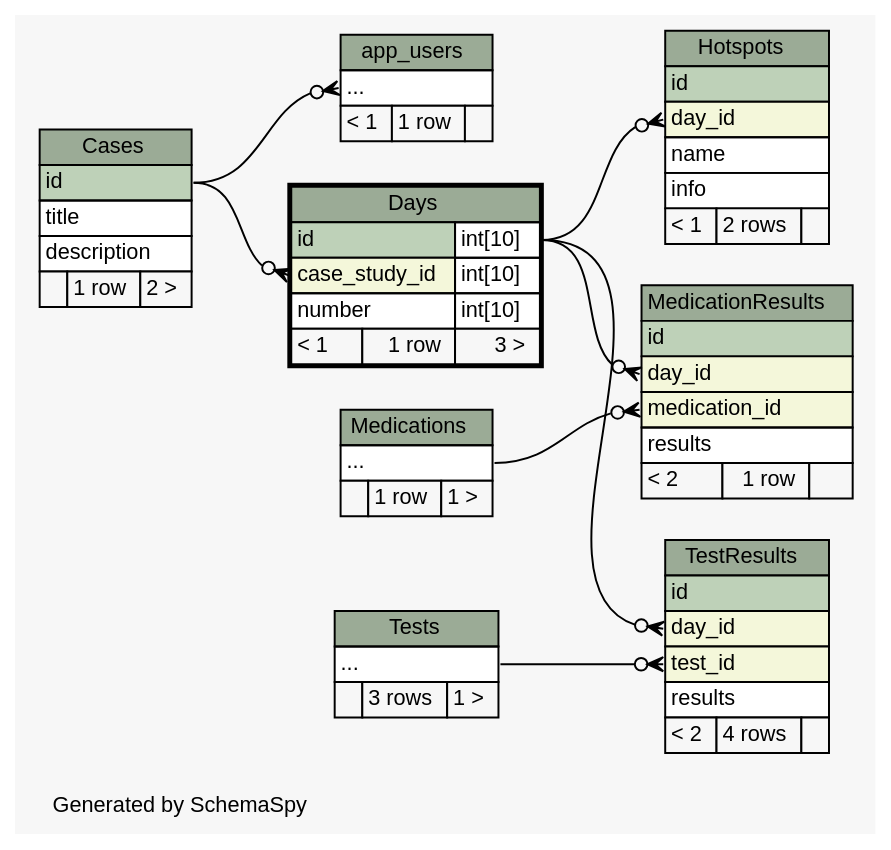
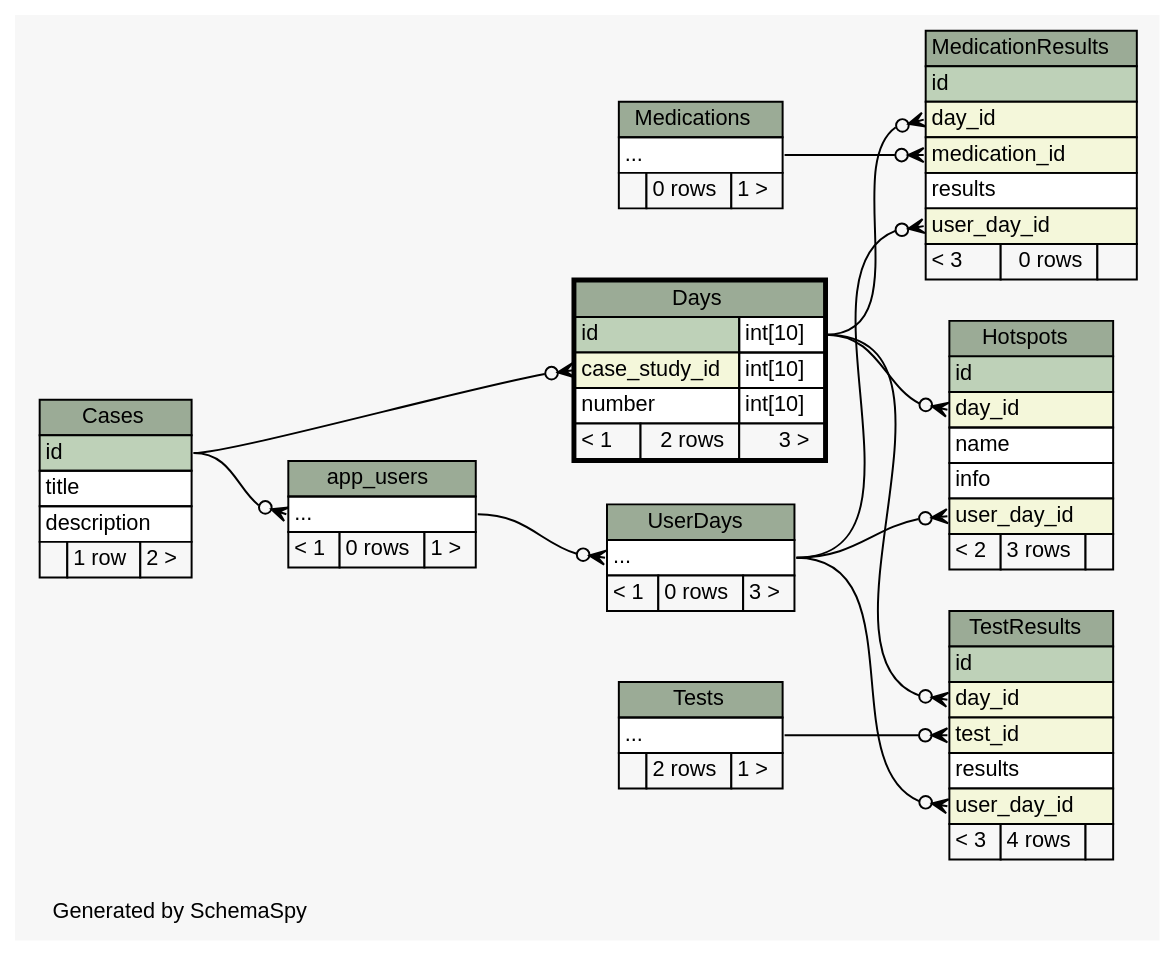
One commit to carrel2/CaseStudies changed the diagram in web/files/schema/diagrams/Days.2degrees.dot. Above: the diagram before and after it, drawn with Graphviz. The commit also changed 88 other files, not shown here.

Commit message:
Add table to store user input, for use to compare with original case and review after completion

```diff
--- a/web/files/schema/diagrams/Days.2degrees.dot
+++ b/web/files/schema/diagrams/Days.2degrees.dot
@@ -1,122 +1,139 @@
-// dot 2.38.0 on Linux 4.4.0-62-generic
+// dot 2.38.0 on Linux 4.4.0-64-generic
 // SchemaSpy rev 590
 digraph "twoDegreesRelationshipsDiagram" {
   graph [
     rankdir="RL"
     bgcolor="#f7f7f7"
     label="\nGenerated by SchemaSpy"
     labeljust="l"
     nodesep="0.18"
     ranksep="0.46"
     fontname="Helvetica"
     fontsize="11"
   ];
   node [
     fontname="Helvetica"
     fontsize="11"
     shape="plaintext"
   ];
   edge [
     arrowsize="0.8"
   ];
   "app_users":"elipses":w -> "Cases":"id":e [arrowhead=none dir=back arrowtail=crowodot];
   "Days":"case_study_id":w -> "Cases":"id":e [arrowhead=none dir=back arrowtail=crowodot];
   "Hotspots":"day_id":w -> "Days":"id.type":e [arrowhead=none dir=back arrowtail=crowodot];
+  "Hotspots":"user_day_id":w -> "UserDays":"elipses":e [arrowhead=none dir=back arrowtail=crowodot];
   "MedicationResults":"day_id":w -> "Days":"id.type":e [arrowhead=none dir=back arrowtail=crowodot];
   "MedicationResults":"medication_id":w -> "Medications":"elipses":e [arrowhead=none dir=back arrowtail=crowodot];
+  "MedicationResults":"user_day_id":w -> "UserDays":"elipses":e [arrowhead=none dir=back arrowtail=crowodot];
   "TestResults":"day_id":w -> "Days":"id.type":e [arrowhead=none dir=back arrowtail=crowodot];
   "TestResults":"test_id":w -> "Tests":"elipses":e [arrowhead=none dir=back arrowtail=crowodot];
+  "TestResults":"user_day_id":w -> "UserDays":"elipses":e [arrowhead=none dir=back arrowtail=crowodot];
+  "UserDays":"elipses":w -> "app_users":"elipses":e [arrowhead=none dir=back arrowtail=crowodot];
   "app_users" [
     label=<
     <TABLE BORDER="0" CELLBORDER="1" CELLSPACING="0" BGCOLOR="#ffffff">
       <TR><TD COLSPAN="3" BGCOLOR="#9bab96" ALIGN="CENTER">app_users</TD></TR>
       <TR><TD PORT="elipses" COLSPAN="3" ALIGN="LEFT">...</TD></TR>
-      <TR><TD ALIGN="LEFT" BGCOLOR="#f7f7f7">&lt; 1</TD><TD ALIGN="RIGHT" BGCOLOR="#f7f7f7">1 row</TD><TD ALIGN="RIGHT" BGCOLOR="#f7f7f7">  </TD></TR>
+      <TR><TD ALIGN="LEFT" BGCOLOR="#f7f7f7">&lt; 1</TD><TD ALIGN="RIGHT" BGCOLOR="#f7f7f7">0 rows</TD><TD ALIGN="RIGHT" BGCOLOR="#f7f7f7">1 &gt;</TD></TR>
     </TABLE>>
     URL="app_users.html"
     tooltip="app_users"
   ];
   "Cases" [
     label=<
     <TABLE BORDER="0" CELLBORDER="1" CELLSPACING="0" BGCOLOR="#ffffff">
       <TR><TD COLSPAN="3" BGCOLOR="#9bab96" ALIGN="CENTER">Cases</TD></TR>
       <TR><TD PORT="id" COLSPAN="3" BGCOLOR="#bed1b8" ALIGN="LEFT">id</TD></TR>
       <TR><TD PORT="title" COLSPAN="3" ALIGN="LEFT">title</TD></TR>
       <TR><TD PORT="description" COLSPAN="3" ALIGN="LEFT">description</TD></TR>
       <TR><TD ALIGN="LEFT" BGCOLOR="#f7f7f7">  </TD><TD ALIGN="RIGHT" BGCOLOR="#f7f7f7">1 row</TD><TD ALIGN="RIGHT" BGCOLOR="#f7f7f7">2 &gt;</TD></TR>
     </TABLE>>
     URL="Cases.html"
     tooltip="Cases"
   ];
   "Days" [
     label=<
     <TABLE BORDER="2" CELLBORDER="1" CELLSPACING="0" BGCOLOR="#ffffff">
       <TR><TD COLSPAN="3" BGCOLOR="#9bab96" ALIGN="CENTER">Days</TD></TR>
       <TR><TD PORT="id" COLSPAN="2" BGCOLOR="#bed1b8" ALIGN="LEFT">id</TD><TD PORT="id.type" ALIGN="LEFT">int[10]</TD></TR>
       <TR><TD PORT="case_study_id" COLSPAN="2" BGCOLOR="#f4f7da" ALIGN="LEFT">case_study_id</TD><TD PORT="case_study_id.type" ALIGN="LEFT">int[10]</TD></TR>
       <TR><TD PORT="number" COLSPAN="2" ALIGN="LEFT">number</TD><TD PORT="number.type" ALIGN="LEFT">int[10]</TD></TR>
-      <TR><TD ALIGN="LEFT" BGCOLOR="#f7f7f7">&lt; 1</TD><TD ALIGN="RIGHT" BGCOLOR="#f7f7f7">1 row</TD><TD ALIGN="RIGHT" BGCOLOR="#f7f7f7">3 &gt;</TD></TR>
+      <TR><TD ALIGN="LEFT" BGCOLOR="#f7f7f7">&lt; 1</TD><TD ALIGN="RIGHT" BGCOLOR="#f7f7f7">2 rows</TD><TD ALIGN="RIGHT" BGCOLOR="#f7f7f7">3 &gt;</TD></TR>
     </TABLE>>
     URL="Days.html"
     tooltip="Days"
   ];
   "Hotspots" [
     label=<
     <TABLE BORDER="0" CELLBORDER="1" CELLSPACING="0" BGCOLOR="#ffffff">
       <TR><TD COLSPAN="3" BGCOLOR="#9bab96" ALIGN="CENTER">Hotspots</TD></TR>
       <TR><TD PORT="id" COLSPAN="3" BGCOLOR="#bed1b8" ALIGN="LEFT">id</TD></TR>
       <TR><TD PORT="day_id" COLSPAN="3" BGCOLOR="#f4f7da" ALIGN="LEFT">day_id</TD></TR>
       <TR><TD PORT="name" COLSPAN="3" ALIGN="LEFT">name</TD></TR>
       <TR><TD PORT="info" COLSPAN="3" ALIGN="LEFT">info</TD></TR>
-      <TR><TD ALIGN="LEFT" BGCOLOR="#f7f7f7">&lt; 1</TD><TD ALIGN="RIGHT" BGCOLOR="#f7f7f7">2 rows</TD><TD ALIGN="RIGHT" BGCOLOR="#f7f7f7">  </TD></TR>
+      <TR><TD PORT="user_day_id" COLSPAN="3" BGCOLOR="#f4f7da" ALIGN="LEFT">user_day_id</TD></TR>
+      <TR><TD ALIGN="LEFT" BGCOLOR="#f7f7f7">&lt; 2</TD><TD ALIGN="RIGHT" BGCOLOR="#f7f7f7">3 rows</TD><TD ALIGN="RIGHT" BGCOLOR="#f7f7f7">  </TD></TR>
     </TABLE>>
     URL="Hotspots.html"
     tooltip="Hotspots"
   ];
   "MedicationResults" [
     label=<
     <TABLE BORDER="0" CELLBORDER="1" CELLSPACING="0" BGCOLOR="#ffffff">
       <TR><TD COLSPAN="3" BGCOLOR="#9bab96" ALIGN="CENTER">MedicationResults</TD></TR>
       <TR><TD PORT="id" COLSPAN="3" BGCOLOR="#bed1b8" ALIGN="LEFT">id</TD></TR>
       <TR><TD PORT="day_id" COLSPAN="3" BGCOLOR="#f4f7da" ALIGN="LEFT">day_id</TD></TR>
       <TR><TD PORT="medication_id" COLSPAN="3" BGCOLOR="#f4f7da" ALIGN="LEFT">medication_id</TD></TR>
       <TR><TD PORT="results" COLSPAN="3" ALIGN="LEFT">results</TD></TR>
-      <TR><TD ALIGN="LEFT" BGCOLOR="#f7f7f7">&lt; 2</TD><TD ALIGN="RIGHT" BGCOLOR="#f7f7f7">1 row</TD><TD ALIGN="RIGHT" BGCOLOR="#f7f7f7">  </TD></TR>
+      <TR><TD PORT="user_day_id" COLSPAN="3" BGCOLOR="#f4f7da" ALIGN="LEFT">user_day_id</TD></TR>
+      <TR><TD ALIGN="LEFT" BGCOLOR="#f7f7f7">&lt; 3</TD><TD ALIGN="RIGHT" BGCOLOR="#f7f7f7">0 rows</TD><TD ALIGN="RIGHT" BGCOLOR="#f7f7f7">  </TD></TR>
     </TABLE>>
     URL="MedicationResults.html"
     tooltip="MedicationResults"
   ];
   "Medications" [
     label=<
     <TABLE BORDER="0" CELLBORDER="1" CELLSPACING="0" BGCOLOR="#ffffff">
       <TR><TD COLSPAN="3" BGCOLOR="#9bab96" ALIGN="CENTER">Medications</TD></TR>
       <TR><TD PORT="elipses" COLSPAN="3" ALIGN="LEFT">...</TD></TR>
-      <TR><TD ALIGN="LEFT" BGCOLOR="#f7f7f7">  </TD><TD ALIGN="RIGHT" BGCOLOR="#f7f7f7">1 row</TD><TD ALIGN="RIGHT" BGCOLOR="#f7f7f7">1 &gt;</TD></TR>
+      <TR><TD ALIGN="LEFT" BGCOLOR="#f7f7f7">  </TD><TD ALIGN="RIGHT" BGCOLOR="#f7f7f7">0 rows</TD><TD ALIGN="RIGHT" BGCOLOR="#f7f7f7">1 &gt;</TD></TR>
     </TABLE>>
     URL="Medications.html"
     tooltip="Medications"
   ];
   "TestResults" [
     label=<
     <TABLE BORDER="0" CELLBORDER="1" CELLSPACING="0" BGCOLOR="#ffffff">
       <TR><TD COLSPAN="3" BGCOLOR="#9bab96" ALIGN="CENTER">TestResults</TD></TR>
       <TR><TD PORT="id" COLSPAN="3" BGCOLOR="#bed1b8" ALIGN="LEFT">id</TD></TR>
       <TR><TD PORT="day_id" COLSPAN="3" BGCOLOR="#f4f7da" ALIGN="LEFT">day_id</TD></TR>
       <TR><TD PORT="test_id" COLSPAN="3" BGCOLOR="#f4f7da" ALIGN="LEFT">test_id</TD></TR>
       <TR><TD PORT="results" COLSPAN="3" ALIGN="LEFT">results</TD></TR>
-      <TR><TD ALIGN="LEFT" BGCOLOR="#f7f7f7">&lt; 2</TD><TD ALIGN="RIGHT" BGCOLOR="#f7f7f7">4 rows</TD><TD ALIGN="RIGHT" BGCOLOR="#f7f7f7">  </TD></TR>
+      <TR><TD PORT="user_day_id" COLSPAN="3" BGCOLOR="#f4f7da" ALIGN="LEFT">user_day_id</TD></TR>
+      <TR><TD ALIGN="LEFT" BGCOLOR="#f7f7f7">&lt; 3</TD><TD ALIGN="RIGHT" BGCOLOR="#f7f7f7">4 rows</TD><TD ALIGN="RIGHT" BGCOLOR="#f7f7f7">  </TD></TR>
     </TABLE>>
     URL="TestResults.html"
     tooltip="TestResults"
   ];
   "Tests" [
     label=<
     <TABLE BORDER="0" CELLBORDER="1" CELLSPACING="0" BGCOLOR="#ffffff">
       <TR><TD COLSPAN="3" BGCOLOR="#9bab96" ALIGN="CENTER">Tests</TD></TR>
       <TR><TD PORT="elipses" COLSPAN="3" ALIGN="LEFT">...</TD></TR>
-      <TR><TD ALIGN="LEFT" BGCOLOR="#f7f7f7">  </TD><TD ALIGN="RIGHT" BGCOLOR="#f7f7f7">3 rows</TD><TD ALIGN="RIGHT" BGCOLOR="#f7f7f7">1 &gt;</TD></TR>
+      <TR><TD ALIGN="LEFT" BGCOLOR="#f7f7f7">  </TD><TD ALIGN="RIGHT" BGCOLOR="#f7f7f7">2 rows</TD><TD ALIGN="RIGHT" BGCOLOR="#f7f7f7">1 &gt;</TD></TR>
     </TABLE>>
     URL="Tests.html"
     tooltip="Tests"
   ];
+  "UserDays" [
+    label=<
+    <TABLE BORDER="0" CELLBORDER="1" CELLSPACING="0" BGCOLOR="#ffffff">
+      <TR><TD COLSPAN="3" BGCOLOR="#9bab96" ALIGN="CENTER">UserDays</TD></TR>
+      <TR><TD PORT="elipses" COLSPAN="3" ALIGN="LEFT">...</TD></TR>
+      <TR><TD ALIGN="LEFT" BGCOLOR="#f7f7f7">&lt; 1</TD><TD ALIGN="RIGHT" BGCOLOR="#f7f7f7">0 rows</TD><TD ALIGN="RIGHT" BGCOLOR="#f7f7f7">3 &gt;</TD></TR>
+    </TABLE>>
+    URL="UserDays.html"
+    tooltip="UserDays"
+  ];
 }
```
